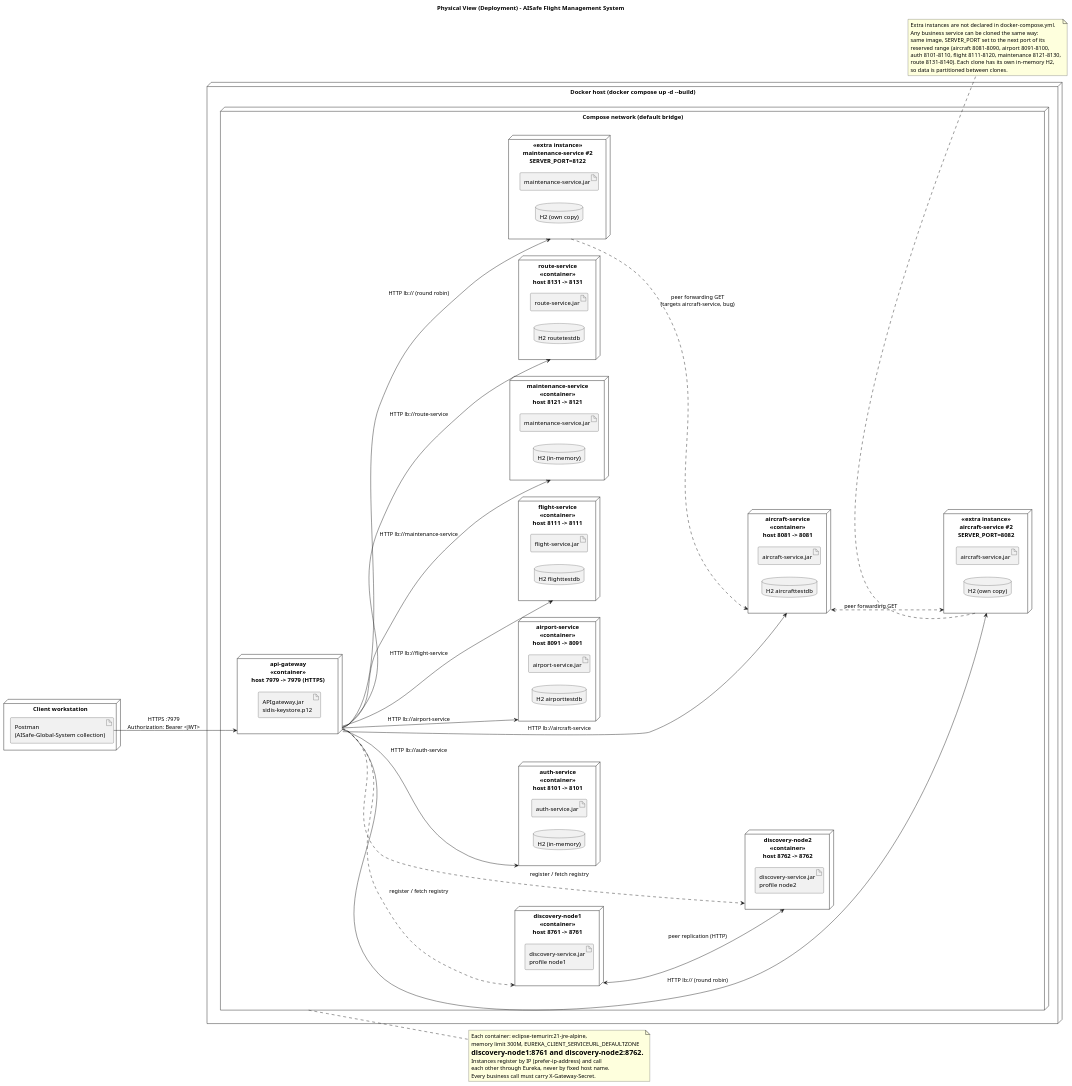
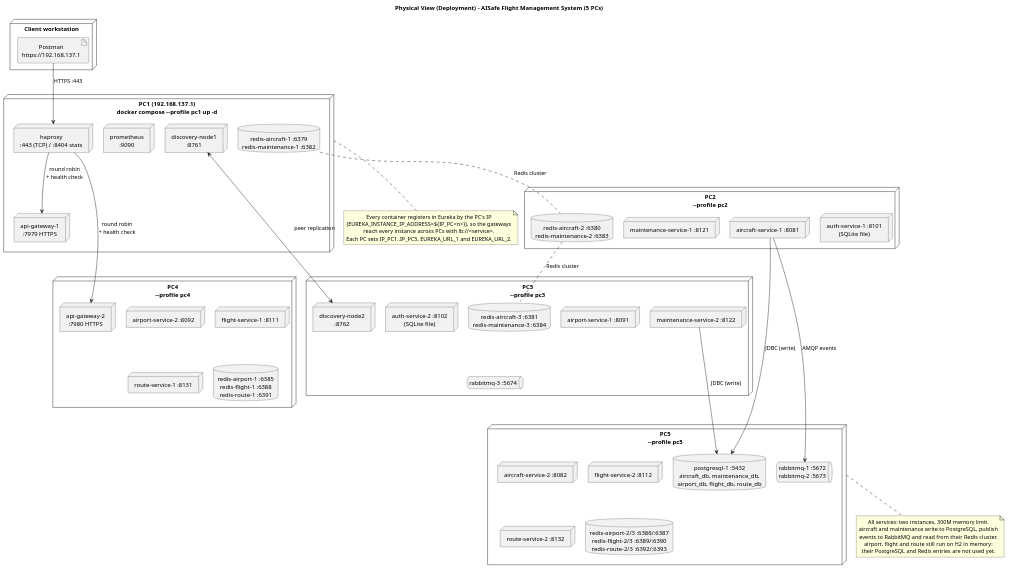
One commit to 8126Lucas/SIDIS_G6_3DA changed the diagram in docs/physical-view-deployment.puml. Above: the diagram before and after it, drawn with PlantUML. The commit also changed 48 other files, not shown here.

First line of the commit message:
Refactor maintenance and route services for improved data handling and documentation

```diff
--- a/docs/physical-view-deployment.puml
+++ b/docs/physical-view-deployment.puml
@@ -1,110 +1,83 @@
 @startuml
-title Physical View (Deployment) - AISafe Flight Management System
+title Physical View (Deployment) - AISafe Flight Management System (5 PCs)
 
-left to right direction
-skinparam nodesep 30
-skinparam ranksep 50
+skinparam nodesep 25
+skinparam ranksep 60
+skinparam defaultTextAlignment center
 
 node "Client workstation" as ClientHost {
-    artifact "Postman\n(AISafe-Global-System collection)" as Postman
+    artifact "Postman\nhttps://192.168.137.1" as Postman
 }
 
-node "Docker host (docker compose up -d --build)" as Host {
-
-    node "Compose network (default bridge)" as Net {
-
-        node "discovery-node1\n<<container>>\nhost 8761 -> 8761" as DN1 {
-            artifact "discovery-service.jar\nprofile node1" as DA1
-        }
-        node "discovery-node2\n<<container>>\nhost 8762 -> 8762" as DN2 {
-            artifact "discovery-service.jar\nprofile node2" as DA2
-        }
-
-        node "api-gateway\n<<container>>\nhost 7979 -> 7979 (HTTPS)" as GWN {
-            artifact "APIgateway.jar\nsidis-keystore.p12" as GWA
-        }
-
-        node "auth-service\n<<container>>\nhost 8101 -> 8101" as AUN {
-            artifact "auth-service.jar" as AUA
-            database "H2 (in-memory)" as AUDB
-        }
-
-        node "aircraft-service\n<<container>>\nhost 8081 -> 8081" as ACN {
-            artifact "aircraft-service.jar" as ACA
-            database "H2 aircrafttestdb" as ACDB
-        }
-
-        node "airport-service\n<<container>>\nhost 8091 -> 8091" as APN {
-            artifact "airport-service.jar" as APA
-            database "H2 airporttestdb" as APDB
-        }
-
-        node "flight-service\n<<container>>\nhost 8111 -> 8111" as FLN {
-            artifact "flight-service.jar" as FLA
-            database "H2 flighttestdb" as FLDB
-        }
-
-        node "maintenance-service\n<<container>>\nhost 8121 -> 8121" as MTN {
-            artifact "maintenance-service.jar" as MTA
-            database "H2 (in-memory)" as MTDB
-        }
-
-        node "route-service\n<<container>>\nhost 8131 -> 8131" as RTN {
-            artifact "route-service.jar" as RTA
-            database "H2 routetestdb" as RTDB
-        }
-
-        node "<<extra instance>>\naircraft-service #2\nSERVER_PORT=8082" as ACN2 {
-            artifact "aircraft-service.jar" as ACA2
-            database "H2 (own copy)" as ACDB2
-        }
-
-        node "<<extra instance>>\nmaintenance-service #2\nSERVER_PORT=8122" as MTN2 {
-            artifact "maintenance-service.jar" as MTA2
-            database "H2 (own copy)" as MTDB2
-        }
-    }
+node "PC1  (192.168.137.1)\ndocker compose --profile pc1 up -d" as PC1 {
+    node "haproxy\n:443 (TCP) / :8404 stats" as HAP
+    node "api-gateway-1\n:7979 HTTPS" as GW1
+    node "discovery-node1\n:8761" as DN1
+    node "prometheus\n:9090" as PROM
+    database "redis-aircraft-1 :6379\nredis-maintenance-1 :6382" as R1
 }
 
-' --- CLIENT ---
-Postman --> GWN : HTTPS :7979\nAuthorization: Bearer <JWT>
+node "PC2\n--profile pc2" as PC2 {
+    node "auth-service-1 :8101\n(SQLite file)" as AU1
+    node "aircraft-service-1 :8081" as AC1
+    node "maintenance-service-1 :8121" as MT1
+    database "redis-aircraft-2 :6380\nredis-maintenance-2 :6383" as R2
+}
 
-' --- EUREKA ---
-DN1 <--> DN2 : peer replication (HTTP)
-GWN ..> DN1 : register / fetch registry
-GWN ..> DN2 : register / fetch registry
+node "PC3\n--profile pc3" as PC3 {
+    node "discovery-node2\n:8762" as DN2
+    node "auth-service-2 :8102\n(SQLite file)" as AU2
+    node "airport-service-1 :8091" as AP1
+    node "maintenance-service-2 :8122" as MT2
+    queue "rabbitmq-3 :5674" as MQ3
+    database "redis-aircraft-3 :6381\nredis-maintenance-3 :6384" as R3
+}
 
-' --- GATEWAY ROUTING ---
-GWN --> AUN : HTTP lb://auth-service
-GWN --> ACN : HTTP lb://aircraft-service
-GWN --> APN : HTTP lb://airport-service
-GWN --> FLN : HTTP lb://flight-service
-GWN --> MTN : HTTP lb://maintenance-service
-GWN --> RTN : HTTP lb://route-service
-GWN --> ACN2 : HTTP lb:// (round robin)
-GWN --> MTN2 : HTTP lb:// (round robin)
+node "PC4\n--profile pc4" as PC4 {
+    node "api-gateway-2\n:7980 HTTPS" as GW2
+    node "airport-service-2 :8092" as AP2
+    node "flight-service-1 :8111" as FL1
+    node "route-service-1 :8131" as RT1
+    database "redis-airport-1 :6385\nredis-flight-1 :6388\nredis-route-1 :6391" as R4
+}
 
-' --- PEER FORWARDING ---
-ACN <..> ACN2 : peer forwarding GET
-MTN2 ..> ACN : peer forwarding GET\n(targets aircraft-service, bug)
+node "PC5\n--profile pc5" as PC5 {
+    node "aircraft-service-2 :8082" as AC2
+    node "flight-service-2 :8112" as FL2
+    node "route-service-2 :8132" as RT2
+    database "postgresql-1 :5432\naircraft_db, maintenance_db,\nairport_db, flight_db, route_db" as PG
+    queue "rabbitmq-1 :5672\nrabbitmq-2 :5673" as MQ12
+    database "redis-airport-2/3 :6386/:6387\nredis-flight-2/3 :6389/:6390\nredis-route-2/3 :6392/:6393" as R5
+}
 
-note right of Net
-  Each container: eclipse-temurin:21-jre-alpine,
-  memory limit 300M, EUREKA_CLIENT_SERVICEURL_DEFAULTZONE
-  = discovery-node1:8761 and discovery-node2:8762.
-  Instances register by IP (prefer-ip-address) and call
-  each other through Eureka, never by fixed host name.
-  Every business call must carry X-Gateway-Secret.
+' --- ENTRY ---
+Postman --> HAP : HTTPS :443
+HAP --> GW1 : round robin\n+ health check
+HAP --> GW2 : round robin\n+ health check
+
+' --- DISCOVERY ---
+DN1 <--> DN2 : peer replication
+
+' --- DATA (aircraft and maintenance, the services already migrated) ---
+AC1 --> PG : JDBC (write)
+MT2 --> PG : JDBC (write)
+AC1 --> MQ12 : AMQP events
+R1 .. R2 : Redis cluster
+R2 .. R3 : Redis cluster
+
+note bottom of PC1
+  Every container registers in Eureka by the PC's IP
+  (EUREKA_INSTANCE_IP_ADDRESS=${IP_PC<n>}), so the gateways
+  reach every instance across PCs with lb://<service>.
+  Each PC sets IP_PC1..IP_PC5, EUREKA_URL_1 and EUREKA_URL_2.
 end note
 
-note bottom of ACN2
-  Extra instances are not declared in docker-compose.yml.
-  Any business service can be cloned the same way:
-  same image, SERVER_PORT set to the next port of its
-  reserved range (aircraft 8081-8090, airport 8091-8100,
-  auth 8101-8110, flight 8111-8120, maintenance 8121-8130,
-  route 8131-8140). Each clone has its own in-memory H2,
-  so data is partitioned between clones.
+note bottom of PC5
+  All services: two instances, 300M memory limit.
+  aircraft and maintenance write to PostgreSQL, publish
+  events to RabbitMQ and read from their Redis cluster.
+  airport, flight and route still run on H2 in memory:
+  their PostgreSQL and Redis entries are not used yet.
 end note
 
 @enduml
```
